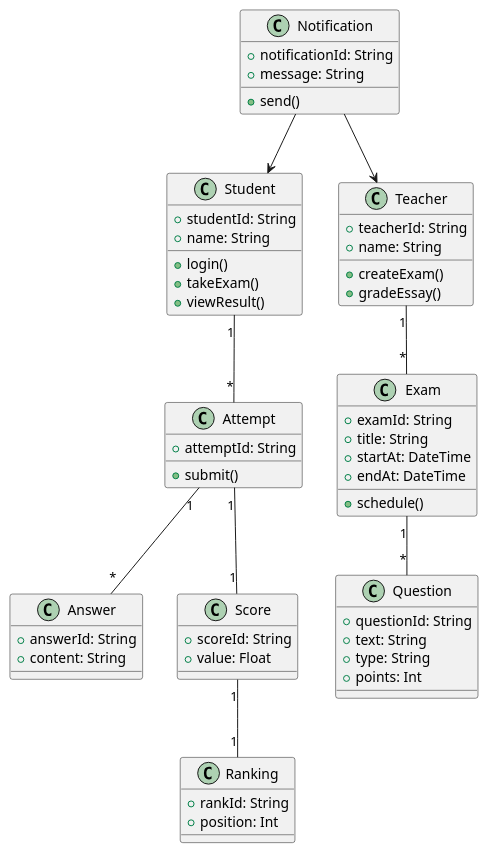
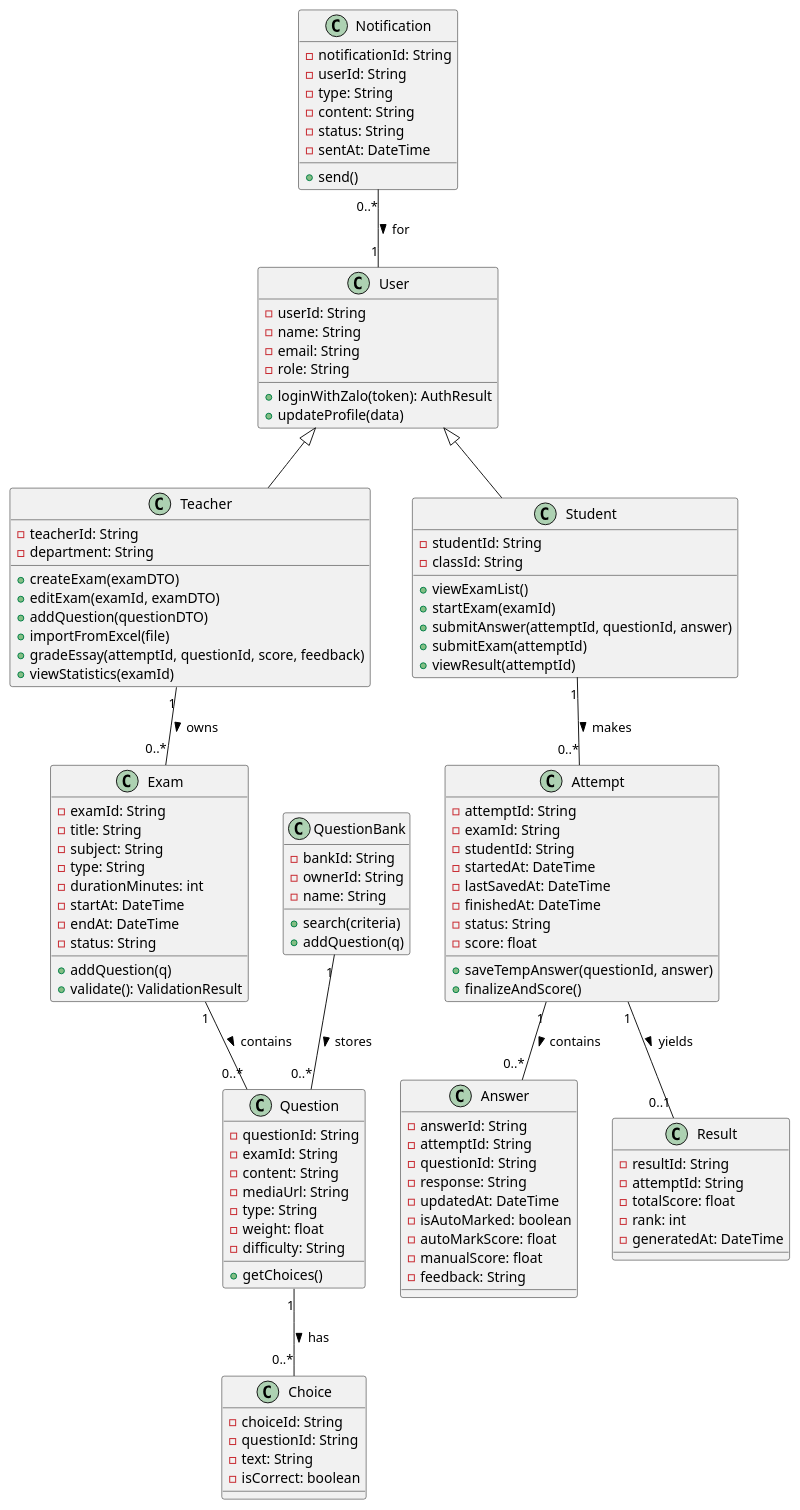
One commit to Lucdpt3105/software-engineering-lab1 changed the diagram in labs/lab06-atm-class/class-diagram.puml. Above: the diagram before and after it, drawn with PlantUML.

Commit message:
Update class-diagram.puml
Em sửa lại cái code của class diagram

```diff
--- a/labs/lab06-atm-class/class-diagram.puml
+++ b/labs/lab06-atm-class/class-diagram.puml
@@ -1,66 +1,114 @@
-@startuml ClassDiagram
+@startuml
+class User {
+  - userId: String
+  - name: String
+  - email: String
+  - role: String
+  + loginWithZalo(token): AuthResult
+  + updateProfile(data)
+}
 class Student {
-  +studentId: String
-  +name: String
-  +login()
-  +takeExam()
-  +viewResult()
+  - studentId: String
+  - classId: String
+  + viewExamList()
+  + startExam(examId)
+  + submitAnswer(attemptId, questionId, answer)
+  + submitExam(attemptId)
+  + viewResult(attemptId)
 }
-
 class Teacher {
-  +teacherId: String
-  +name: String
-  +createExam()
-  +gradeEssay()
+  - teacherId: String
+  - department: String
+  + createExam(examDTO)
+  + editExam(examId, examDTO)
+  + addQuestion(questionDTO)
+  + importFromExcel(file)
+  + gradeEssay(attemptId, questionId, score, feedback)
+  + viewStatistics(examId)
 }
-
 class Exam {
-  +examId: String
-  +title: String
-  +startAt: DateTime
-  +endAt: DateTime
-  +schedule()
+  - examId: String
+  - title: String
+  - subject: String
+  - type: String
+  - durationMinutes: int
+  - startAt: DateTime
+  - endAt: DateTime
+  - status: String
+  + addQuestion(q)
+  + validate(): ValidationResult
 }
 
 class Question {
-  +questionId: String
-  +text: String
-  +type: String
-  +points: Int
+  - questionId: String
+  - examId: String
+  - content: String
+  - mediaUrl: String
+  - type: String
+  - weight: float
+  - difficulty: String
+  + getChoices()
 }
-
+class Choice {
+  - choiceId: String
+  - questionId: String
+  - text: String
+  - isCorrect: boolean
+}
 class Attempt {
-  +attemptId: String
-  +submit()
+  - attemptId: String
+  - examId: String
+  - studentId: String
+  - startedAt: DateTime
+  - lastSavedAt: DateTime
+  - finishedAt: DateTime
+  - status: String
+  - score: float
+  + saveTempAnswer(questionId, answer)
+  + finalizeAndScore()
 }
-
 class Answer {
-  +answerId: String
-  +content: String
+  - answerId: String
+  - attemptId: String
+  - questionId: String
+  - response: String
+  - updatedAt: DateTime
+  - isAutoMarked: boolean
+  - autoMarkScore: float
+  - manualScore: float
+  - feedback: String
 }
-
-class Score {
-  +scoreId: String
-  +value: Float
+class Result {
+  - resultId: String
+  - attemptId: String
+  - totalScore: float
+  - rank: int
+  - generatedAt: DateTime
 }
-
-class Ranking {
-  +rankId: String
-  +position: Int
+class QuestionBank {
+  - bankId: String
+  - ownerId: String
+  - name: String
+  + search(criteria)
+  + addQuestion(q)
 }
-
 class Notification {
-  +notificationId: String
-  +message: String
-  +send()
+  - notificationId: String
+  - userId: String
+  - type: String
+  - content: String
+  - status: String
+  - sentAt: DateTime
+  + send()
 }
-
-Student "1" -- "*" Attempt
-Teacher "1" -- "*" Exam
-Exam "1" -- "*" Question
-Attempt "1" -- "*" Answer
-Attempt "1" -- "1" Score
-Score "1" -- "1" Ranking
-Notification --> Student
-Notification --> Teacher
+User <|-- Student
+User <|-- Teacher
+Teacher "1" -- "0..*" Exam : owns >
+Exam "1" -- "0..*" Question : contains >
+Question "1" -- "0..*" Choice : has >
+Student "1" -- "0..*" Attempt : makes >
+Attempt "1" -- "0..*" Answer : contains >
+Attempt "1" -- "0..1" Result : yields >
+QuestionBank "1" -- "0..*" Question : stores >
+Notification "0..*" -- "1" User : for >
 @enduml
```
